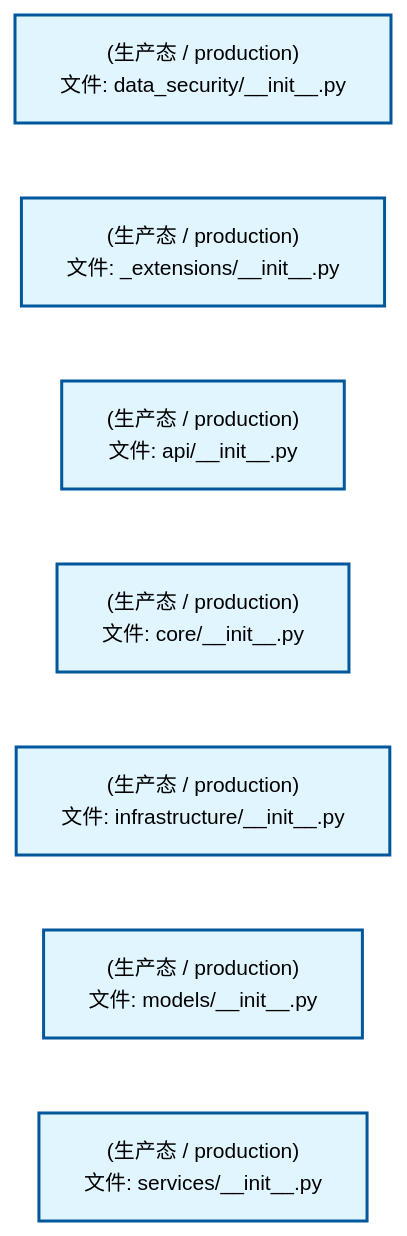
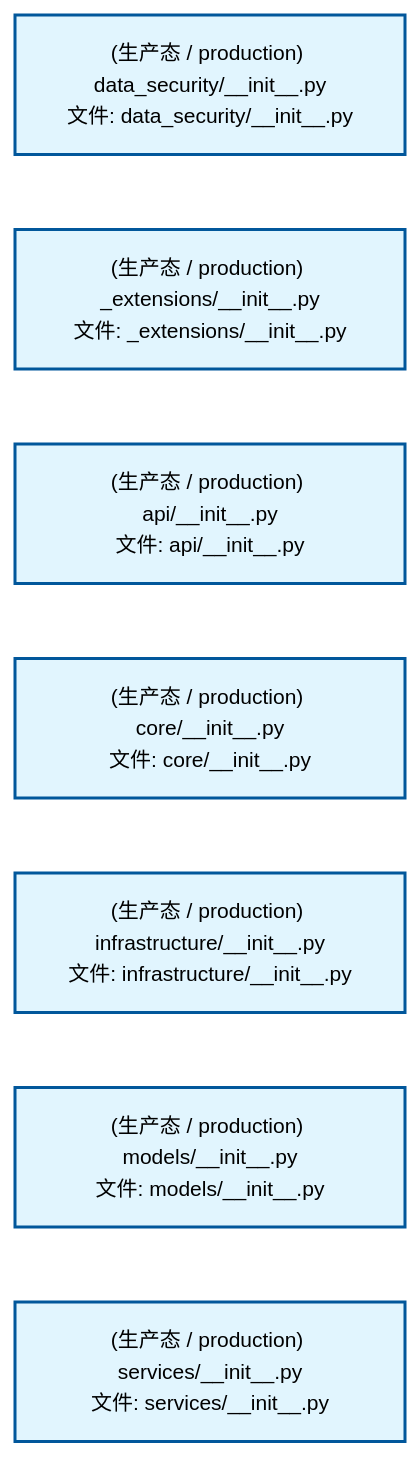
One commit to xuanFelixVan/ZephyrAlpha changed the first of 2 diagrams in docs/02_enterprise_architecture/02_domain_architecture_docs/14_d_data_sec.md. Above: the diagram before and after it, drawn with Mermaid. The commit also changed other lines of this file and 77 other files, not shown here.

````diff
--- a/docs/02_enterprise_architecture/02_domain_architecture_docs/14_d_data_sec.md
+++ b/docs/02_enterprise_architecture/02_domain_architecture_docs/14_d_data_sec.md
@@ -53,22 +53,22 @@
 ```mermaid
 %%{init: {'theme': 'base', 'themeVariables': {'primaryColor': '#eaeaea', 'primaryTextColor': '#333333', 'primaryBorderColor': '#666666', 'lineColor': '#666666', 'secondaryColor': '#eaeaea', 'tertiaryColor': '#eaeaea', 'fontSize': '14px'}}}%%
 flowchart TD
-    src_zephyr_data_security_init_py["(生产态 / production)<br/>文件: data_security/__init__.py"]
-    src_zephyr_data_security_extensions_init_py["(生产态 / production)<br/>文件: _extensions/__init__.py"]
-    src_zephyr_data_security_api_init_py["(生产态 / production)<br/>文件: api/__init__.py"]
-    src_zephyr_data_security_core_init_py["(生产态 / production)<br/>文件: core/__init__.py"]
-    src_zephyr_data_security_infrastructure_init_py["(生产态 / production)<br/>文件: infrastructure/__init__.py"]
-    src_zephyr_data_security_models_init_py["(生产态 / production)<br/>文件: models/__init__.py"]
-    src_zephyr_data_security_services_init_py["(生产态 / production)<br/>文件: services/__init__.py"]
+    src_zephyr_data_security_init_py["(生产态 / production) data_security/__init__.py<br/>文件: data_security/__init__.py"]
+    src_zephyr_data_security_extensions_init_py["(生产态 / production) _extensions/__init__.py<br/>文件: _extensions/__init__.py"]
+    src_zephyr_data_security_api_init_py["(生产态 / production) api/__init__.py<br/>文件: api/__init__.py"]
+    src_zephyr_data_security_core_init_py["(生产态 / production) core/__init__.py<br/>文件: core/__init__.py"]
+    src_zephyr_data_security_infrastructure_init_py["(生产态 / production) infrastructure/__init__.py<br/>文件: infrastructure/__init__.py"]
+    src_zephyr_data_security_models_init_py["(生产态 / production) models/__init__.py<br/>文件: models/__init__.py"]
+    src_zephyr_data_security_services_init_py["(生产态 / production) services/__init__.py<br/>文件: services/__init__.py"]
     src_zephyr_data_security_init_py ~~~ src_zephyr_data_security_extensions_init_py
     src_zephyr_data_security_extensions_init_py ~~~ src_zephyr_data_security_api_init_py
     src_zephyr_data_security_api_init_py ~~~ src_zephyr_data_security_core_init_py
     src_zephyr_data_security_core_init_py ~~~ src_zephyr_data_security_infrastructure_init_py
     src_zephyr_data_security_infrastructure_init_py ~~~ src_zephyr_data_security_models_init_py
     src_zephyr_data_security_models_init_py ~~~ src_zephyr_data_security_services_init_py
     classDef production fill:#e1f5fe,stroke:#01579b,stroke-width:2px,color:#000
     classDef design fill:#fff3e0,stroke:#e65100,stroke-width:2px,color:#000,stroke-dasharray: 5 5
     classDef external_prod fill:#e8f4fd,stroke:#0277bd,stroke-width:1px,color:#000
     classDef external_design fill:#fff8e7,stroke:#ef6c00,stroke-width:1px,color:#000,stroke-dasharray: 5 5
     class src_zephyr_data_security_init_py,src_zephyr_data_security_extensions_init_py,src_zephyr_data_security_api_init_py,src_zephyr_data_security_core_init_py,src_zephyr_data_security_infrastructure_init_py,src_zephyr_data_security_models_init_py,src_zephyr_data_security_services_init_py production
 ```
````
